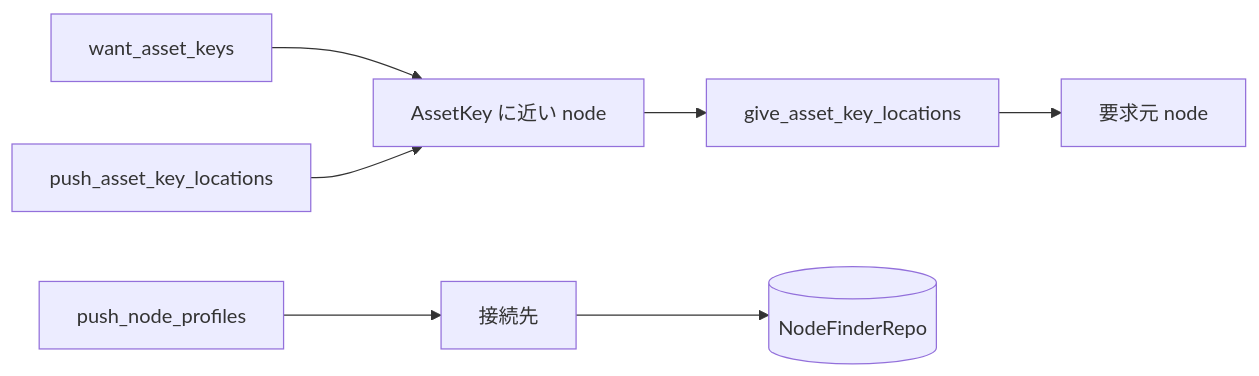
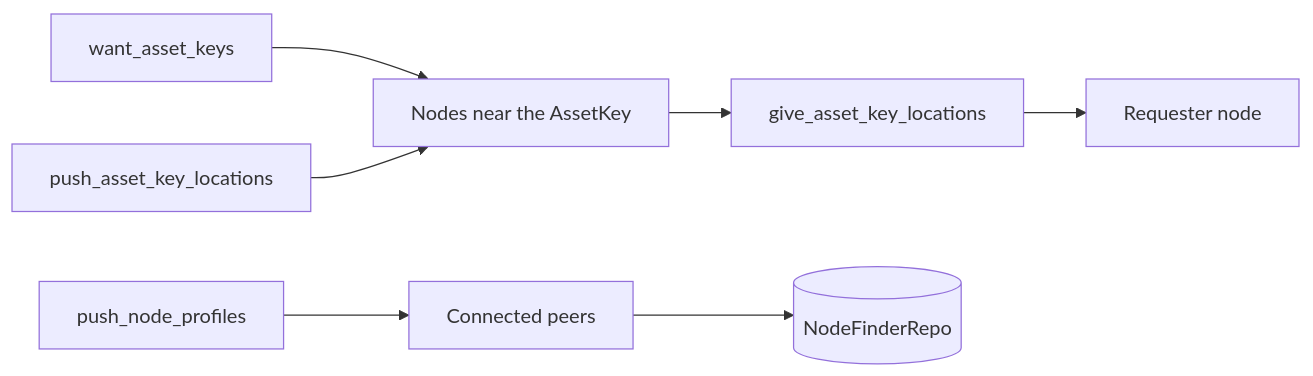
One commit to omnius-labs/axus changed the diagram in docs/design/node-finder.md. Above: the diagram before and after it, drawn with Mermaid. The commit also changed other lines of this file and 9 other files, not shown here.

````diff
--- a/docs/design/node-finder.md
+++ b/docs/design/node-finder.md
@@ -39,18 +39,18 @@
 ```mermaid
 flowchart LR
     Want[want_asset_keys]
     Give[give_asset_key_locations]
     Push[push_asset_key_locations]
     Nodes[push_node_profiles]
-    Near[AssetKey に近い node]
-    Asker[要求元 node]
-    All[接続先]
+    Near[Nodes near the AssetKey]
+    Asker[Requester node]
+    All[Connected peers]
     Repo[(NodeFinderRepo)]
 
     Want --> Near
     Push --> Near
     Near --> Give
     Give --> Asker
     Nodes --> All
     All --> Repo
 ```
````
